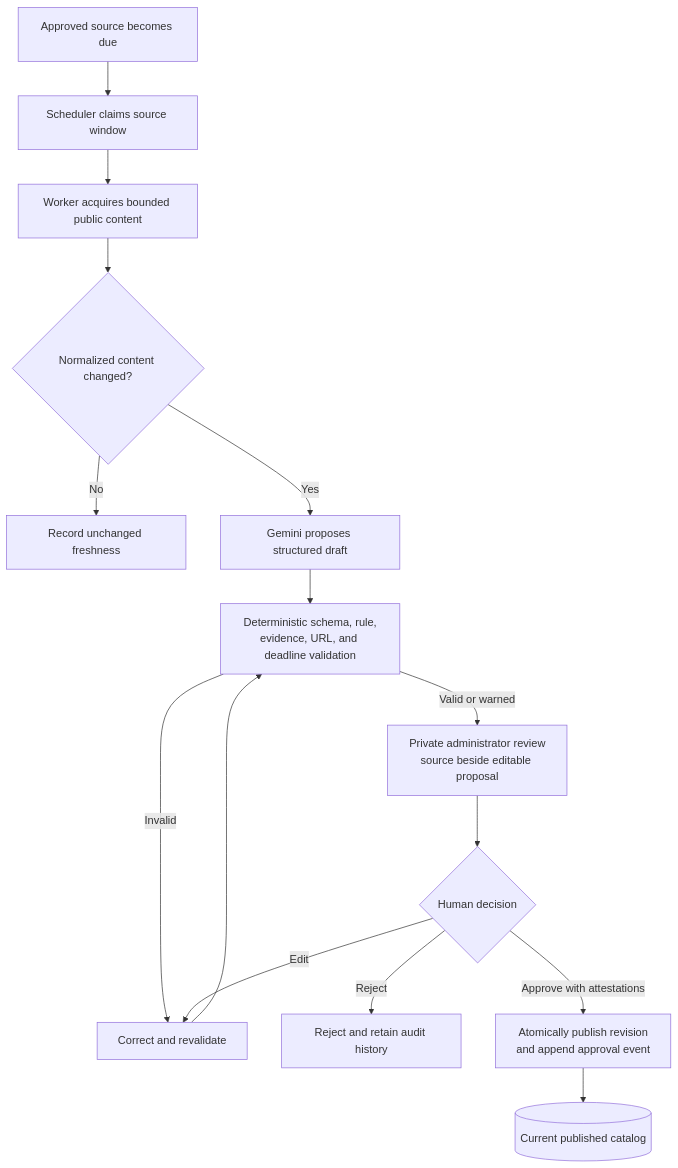
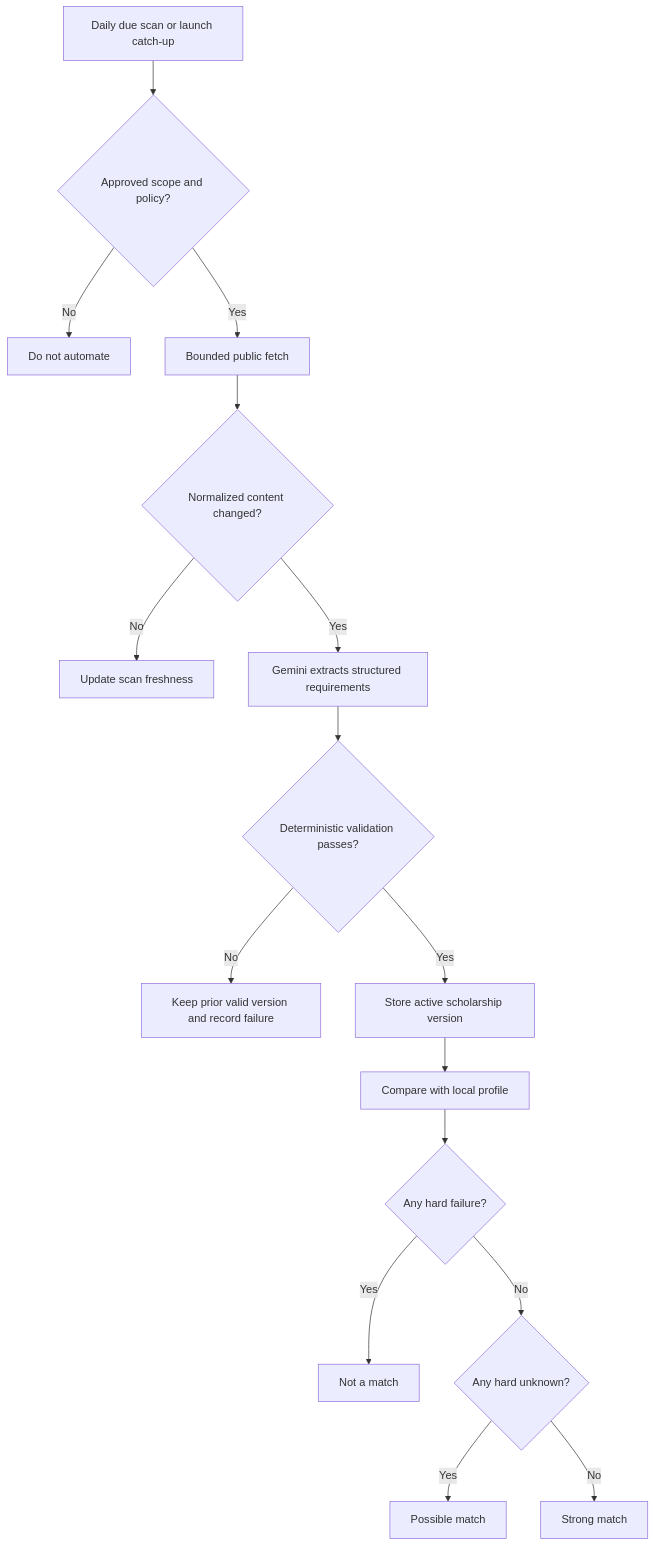
One commit to ajiang05/Pathaid changed the second of 5 diagrams in docs/ARCHITECTURE_DIAGRAM.md. Above: the diagram before and after it, drawn with Mermaid. The commit also changed other lines of this file and 117 other files, not shown here.

````diff
--- a/docs/ARCHITECTURE_DIAGRAM.md
+++ b/docs/ARCHITECTURE_DIAGRAM.md
@@ -119,25 +37,18 @@
 ```mermaid
 flowchart TD
-    Due[Approved source becomes due]
-    Claim[Scheduler claims source window]
-    Acquire[Worker acquires bounded public content]
-    Hash{Normalized content changed?}
-    Fresh[Record unchanged freshness]
-    Extract[Gemini proposes structured draft]
-    Validate[Deterministic schema, rule,<br/>evidence, URL, and deadline validation]
-    Review[Private administrator review<br/>source beside editable proposal]
-    Decision{Human decision}
-    Correct[Correct and revalidate]
-    Reject[Reject and retain audit history]
-    Publish[Atomically publish revision<br/>and append approval event]
-    PublicCatalog[(Current published catalog)]
-
-    Due --> Claim --> Acquire --> Hash
-    Hash -->|No| Fresh
-    Hash -->|Yes| Extract --> Validate
-    Validate -->|Invalid| Correct
-    Validate -->|Valid or warned| Review --> Decision
-    Decision -->|Edit| Correct --> Validate
-    Decision -->|Reject| Reject
-    Decision -->|Approve with attestations| Publish --> PublicCatalog
+    Due[Daily due scan or launch catch-up] --> Scope{Approved scope and policy?}
+    Scope -- No --> Stop[Do not automate]
+    Scope -- Yes --> Fetch[Bounded public fetch]
+    Fetch --> Changed{Normalized content changed?}
+    Changed -- No --> Fresh[Update scan freshness]
+    Changed -- Yes --> Extract[Gemini extracts structured requirements]
+    Extract --> Validate{Deterministic validation passes?}
+    Validate -- No --> Invalid[Keep prior valid version and record failure]
+    Validate -- Yes --> Version[Store active scholarship version]
+    Version --> Match[Compare with local profile]
+    Match --> Fail{Any hard failure?}
+    Fail -- Yes --> NotMatch[Not a match]
+    Fail -- No --> Unknown{Any hard unknown?}
+    Unknown -- Yes --> Possible[Possible match]
+    Unknown -- No --> Strong[Strong match]
 ```
````
